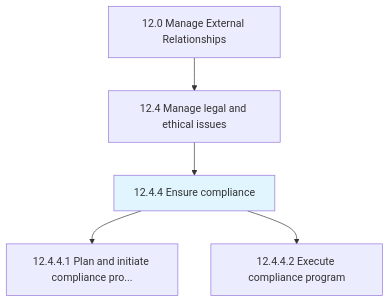
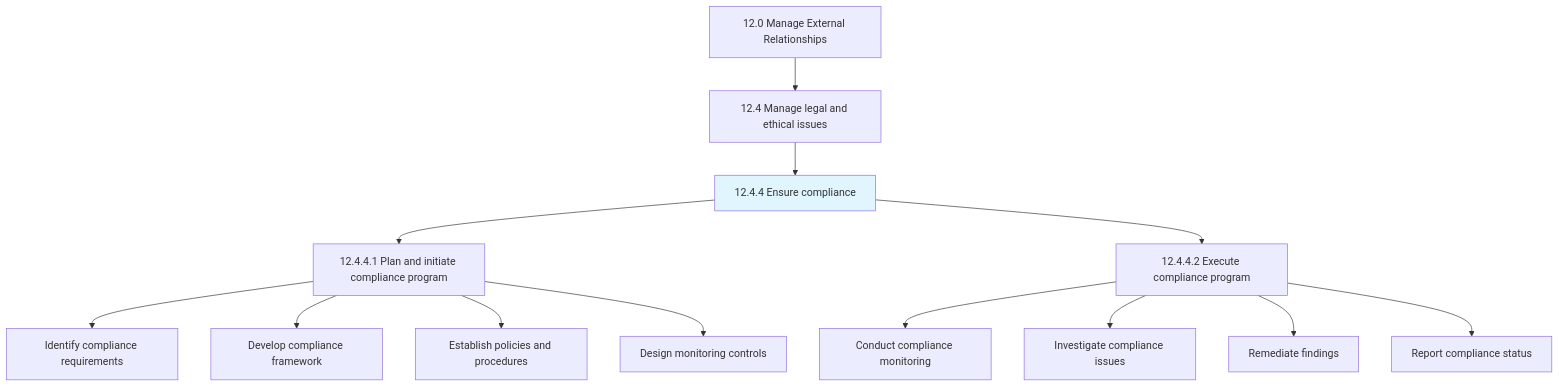
One commit to kziemski/business.org.ai changed the first of 5 diagrams in processes/12-External/12.4-ManageLegalEthicalIssues/12.4.4-EnsureCompliance/index.mdx. Above: the diagram before and after it, drawn with Mermaid. The commit also changed other lines of this file and 67 other files, not shown here.

````diff
--- a/processes/12-External/12.4-ManageLegalEthicalIssues/12.4.4-EnsureCompliance/index.mdx
+++ b/processes/12-External/12.4-ManageLegalEthicalIssues/12.4.4-EnsureCompliance/index.mdx
@@ -25,9 +31,19 @@
 ```mermaid
 graph TD
     C12["12.0 Manage External Relationships"]
     C12 --> N12_4["12.4 Manage legal and ethical issues"]
     N12_4 --> N12_4_4["12.4.4 Ensure compliance"]
     style N12_4_4 fill:#e1f5fe
-    N12_4_4 --> N12_4_4_1["12.4.4.1 Plan and initiate compliance pro..."]
+    N12_4_4 --> N12_4_4_1["12.4.4.1 Plan and initiate compliance program"]
     N12_4_4 --> N12_4_4_2["12.4.4.2 Execute compliance program"]
+
+    N12_4_4_1 --> A1_1["Identify compliance requirements"]
+    N12_4_4_1 --> A1_2["Develop compliance framework"]
+    N12_4_4_1 --> A1_3["Establish policies and procedures"]
+    N12_4_4_1 --> A1_4["Design monitoring controls"]
+
+    N12_4_4_2 --> A2_1["Conduct compliance monitoring"]
+    N12_4_4_2 --> A2_2["Investigate compliance issues"]
+    N12_4_4_2 --> A2_3["Remediate findings"]
+    N12_4_4_2 --> A2_4["Report compliance status"]
 ```
````
